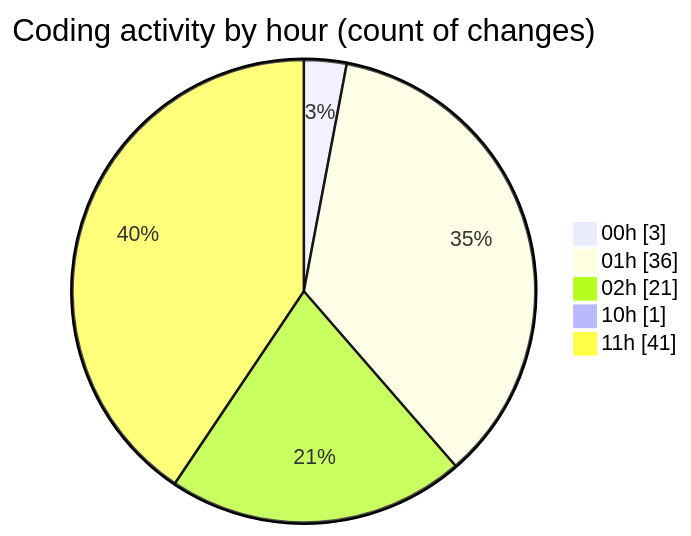
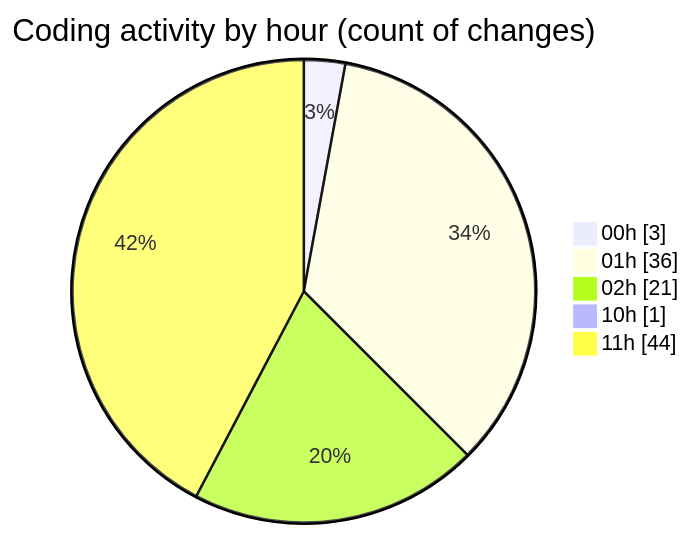
Before and after one commit to lephambinh05/code-tracking: the second of 2 diagrams in 2025-09-05/hiai-phf/README.md, drawn with Mermaid. The commit also changed other lines of this file and 1 other file, not shown here.

````diff
--- a/2025-09-05/hiai-phf/README.md
+++ b/2025-09-05/hiai-phf/README.md
@@ -65,9 +65,9 @@
 ```mermaid
 pie showData
 title Coding activity by hour (count of changes)
 "00h" : 3
 "01h" : 36
 "02h" : 21
 "10h" : 1
-"11h" : 41
+"11h" : 44
 ```
````
